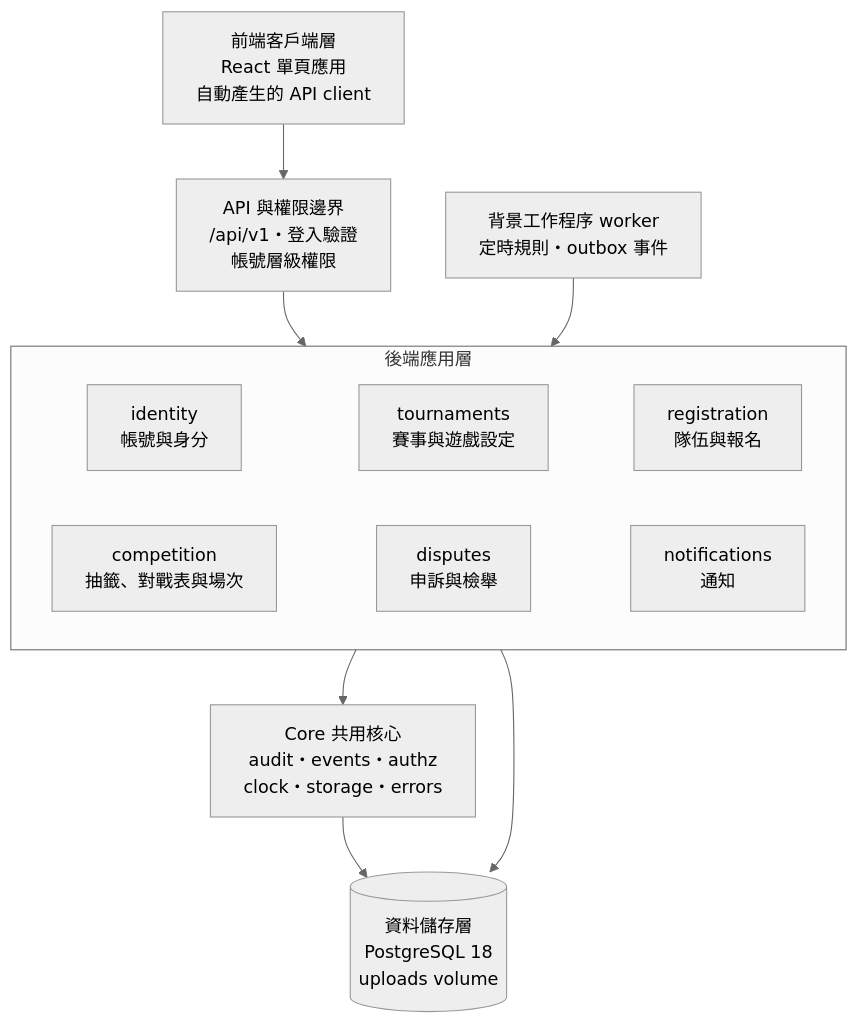
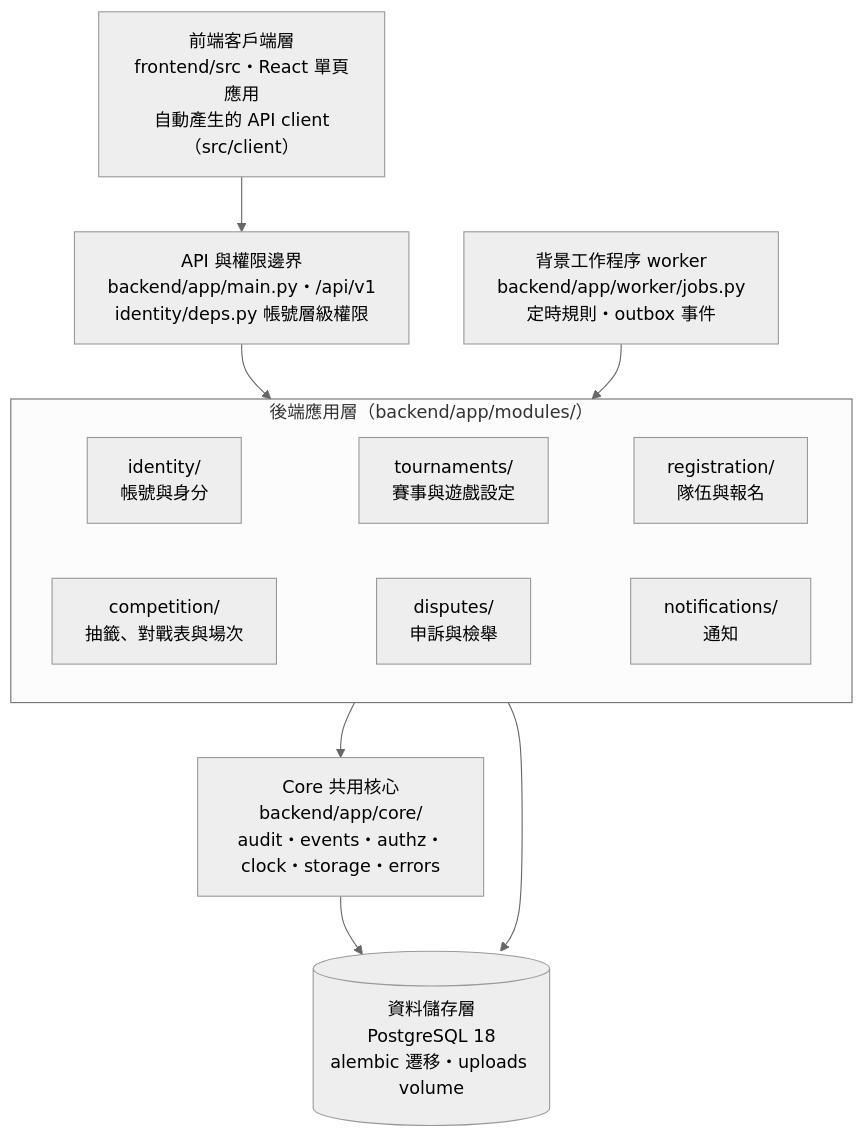
One commit to Team14good/esport-platform changed the first of 15 diagrams in docs/midterm/D-物件設計文件.md. Above: the diagram before and after it, drawn with Mermaid (neutral theme). The commit also changed other lines of this file and 27 other files, not shown here.

First line of the commit message:
docs: B、C、D 其餘的圖全部對照程式標註 (#92)

````diff
--- a/docs/midterm/D-物件設計文件.md
+++ b/docs/midterm/D-物件設計文件.md
@@ -25,18 +28,18 @@
 ```mermaid
 flowchart TB
-  fe["前端客戶端層<br/>React 單頁應用<br/>自動產生的 API client"]
-  gw["API 與權限邊界<br/>/api/v1・登入驗證<br/>帳號層級權限"]
-  subgraph app["後端應用層"]
+  fe["前端客戶端層<br/>frontend/src・React 單頁應用<br/>自動產生的 API client（src/client）"]
+  gw["API 與權限邊界<br/>backend/app/main.py・/api/v1<br/>identity/deps.py 帳號層級權限"]
+  subgraph app["後端應用層（backend/app/modules/）"]
     direction LR
-    id["identity<br/>帳號與身分"] ~~~ tn["tournaments<br/>賽事與遊戲設定"] ~~~ rg["registration<br/>隊伍與報名"]
-    cp["competition<br/>抽籤、對戰表與場次"] ~~~ dp["disputes<br/>申訴與檢舉"] ~~~ nt["notifications<br/>通知"]
+    id["identity/<br/>帳號與身分"] ~~~ tn["tournaments/<br/>賽事與遊戲設定"] ~~~ rg["registration/<br/>隊伍與報名"]
+    cp["competition/<br/>抽籤、對戰表與場次"] ~~~ dp["disputes/<br/>申訴與檢舉"] ~~~ nt["notifications/<br/>通知"]
   end
-  wk["背景工作程序 worker<br/>定時規則・outbox 事件"]
-  core["Core 共用核心<br/>audit・events・authz<br/>clock・storage・errors"]
-  db[("資料儲存層<br/>PostgreSQL 18<br/>uploads volume")]
+  wk["背景工作程序 worker<br/>backend/app/worker/jobs.py<br/>定時規則・outbox 事件"]
+  core["Core 共用核心<br/>backend/app/core/<br/>audit・events・authz・clock・storage・errors"]
+  db[("資料儲存層<br/>PostgreSQL 18<br/>alembic 遷移・uploads volume")]
   fe --> gw --> app
   wk --> app
   app --> core
   app --> db
   core --> db
 ```
````
